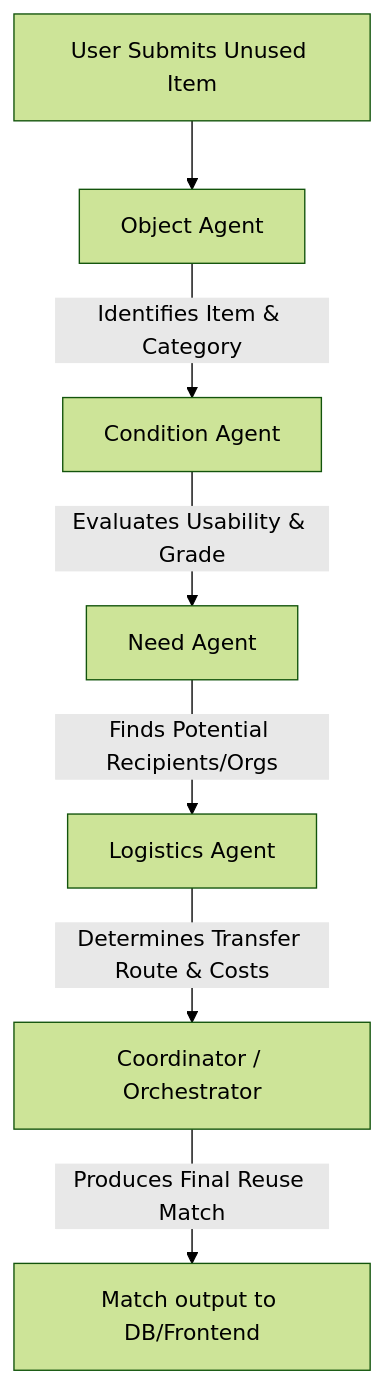
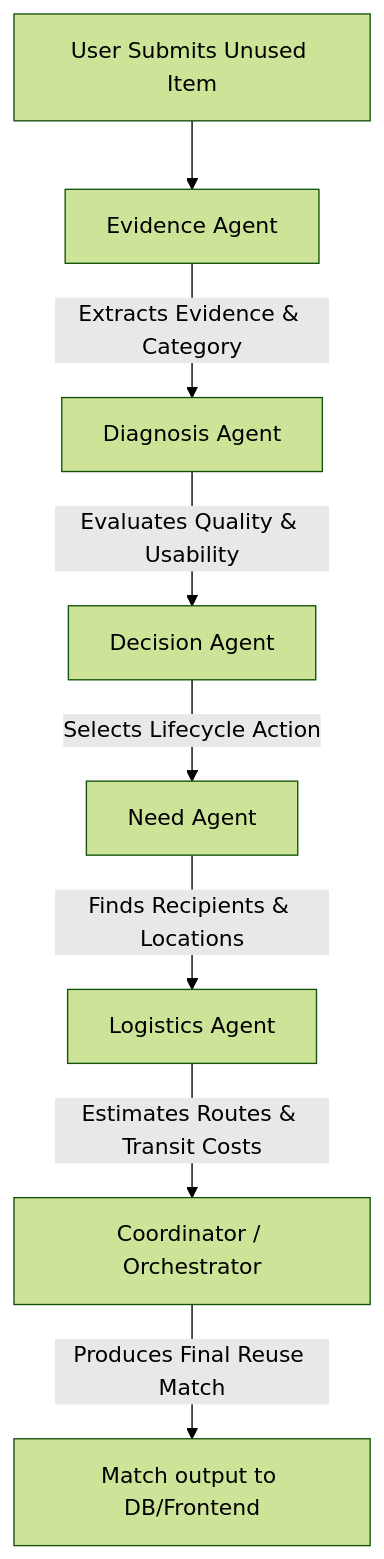
Before and after one commit to kanishka-987/ReUseMatch: the diagram in README.md, drawn with Mermaid (forest theme). The commit also changed other lines of this file, not shown here.

Commit message:
Update README.md project structure and agent workflows

````diff
--- a/README.md
+++ b/README.md
@@ -9,9 +9,10 @@
 ```mermaid
 graph TD
-    A[User Submits Unused Item] --> B[Object Agent]
-    B -->|Identifies Item & Category| C[Condition Agent]
-    C -->|Evaluates Usability & Grade| D[Need Agent]
-    D -->|Finds Potential Recipients/Orgs| E[Logistics Agent]
-    E -->|Determines Transfer Route & Costs| F[Coordinator / Orchestrator]
-    F -->|Produces Final Reuse Match| G[Match output to DB/Frontend]
+    A[User Submits Unused Item] --> B[Evidence Agent]
+    B -->|Extracts Evidence & Category| C[Diagnosis Agent]
+    C -->|Evaluates Quality & Usability| D[Decision Agent]
+    D -->|Selects Lifecycle Action| E[Need Agent]
+    E -->|Finds Recipients & Locations| F[Logistics Agent]
+    F -->|Estimates Routes & Transit Costs| G[Coordinator / Orchestrator]
+    G -->|Produces Final Reuse Match| H[Match output to DB/Frontend]
 ```
````
